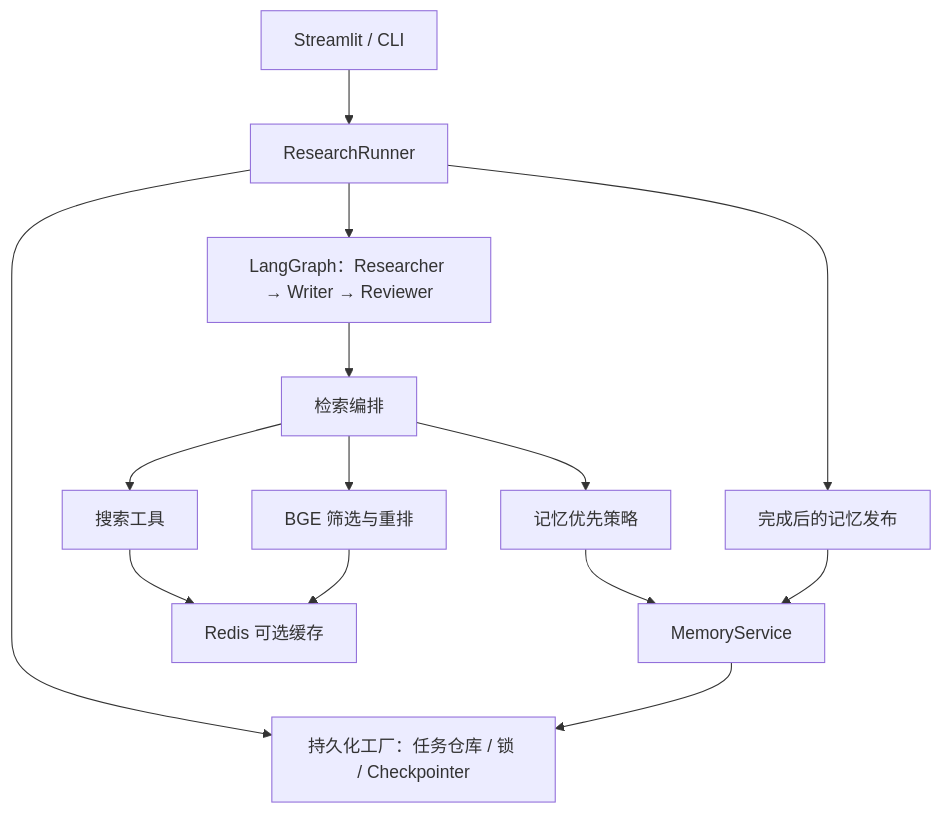
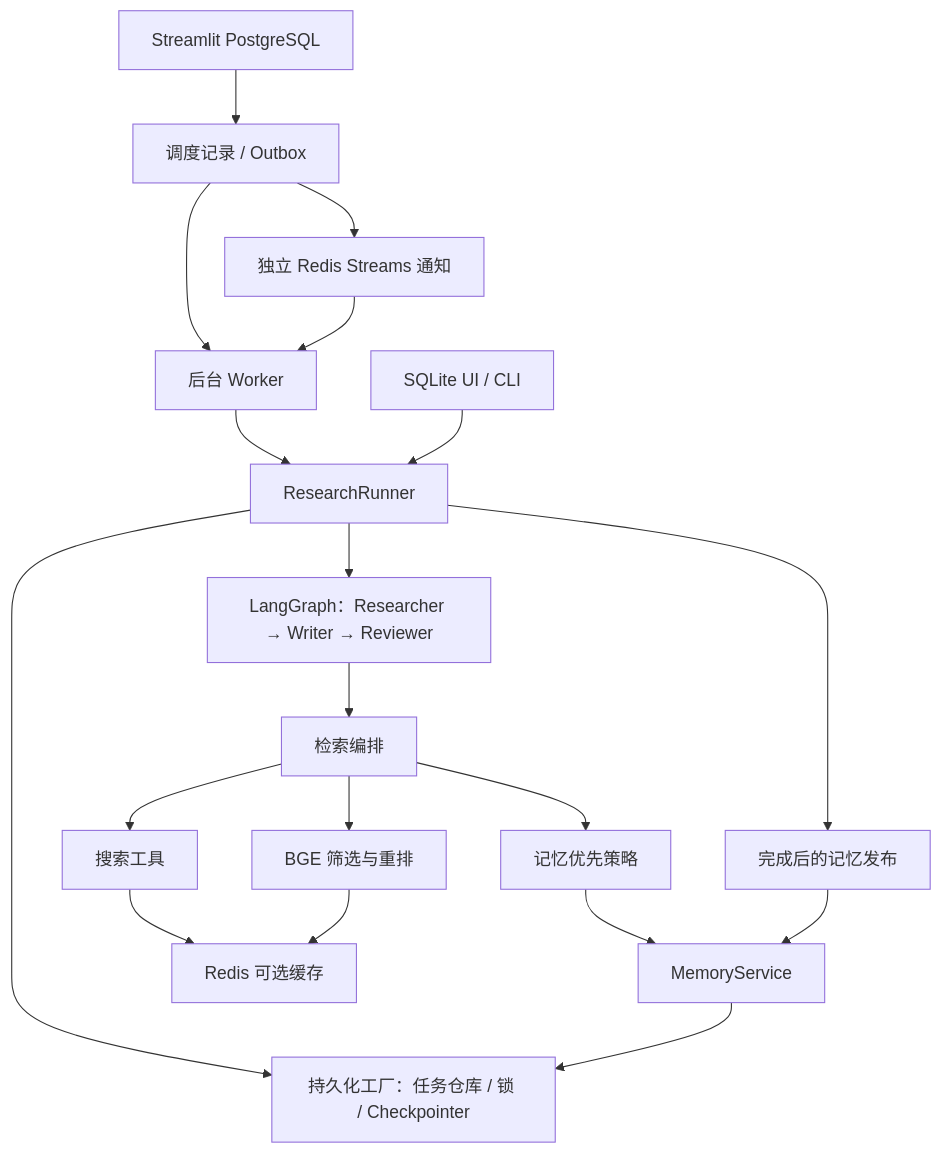
One commit to lyx0902/ApexLogic changed the diagram in docs/handbook/architecture.md. Above: the diagram before and after it, drawn with Mermaid. The commit also changed other lines of this file and 15 other files, not shown here.

Commit message:
v2.7:Implement PostgreSQL + Redis backend research Worker, verify breakpoint recovery, failover, and Redis disconnection compensation.

````diff
--- a/docs/handbook/architecture.md
+++ b/docs/handbook/architecture.md
@@ -11,16 +11,21 @@
 ```mermaid
 flowchart TD
-    Entry["Streamlit / CLI"] --> Runner["ResearchRunner"]
+    UI["Streamlit PostgreSQL"] --> Scheduler["调度记录 / Outbox"]
+    Scheduler --> Worker["后台 Worker"]
+    Worker --> Runner["ResearchRunner"]
+    Scheduler --> Queue["独立 Redis Streams 通知"]
+    Queue --> Worker
+    Direct["SQLite UI / CLI"] --> Runner
     Runner --> Graph["LangGraph：Researcher → Writer → Reviewer"]
     Runner --> Storage["持久化工厂：任务仓库 / 锁 / Checkpointer"]
     Graph --> Retrieval["检索编排"]
     Retrieval --> Policy["记忆优先策略"]
     Policy --> Memory["MemoryService"]
     Retrieval --> Tools["搜索工具"]
     Retrieval --> Ranking["BGE 筛选与重排"]
     Tools --> Cache["Redis 可选缓存"]
     Ranking --> Cache
     Runner --> Publication["完成后的记忆发布"]
     Publication --> Memory
     Memory --> Storage
 ```
````
